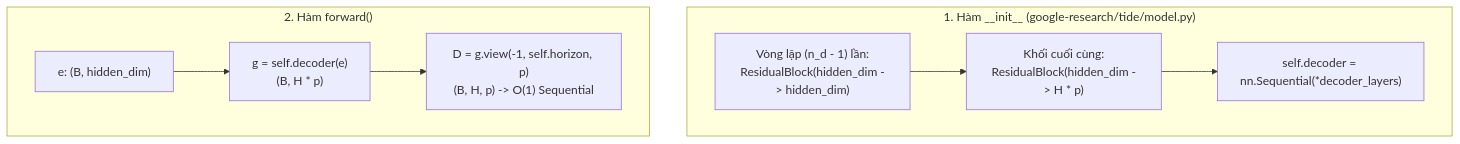
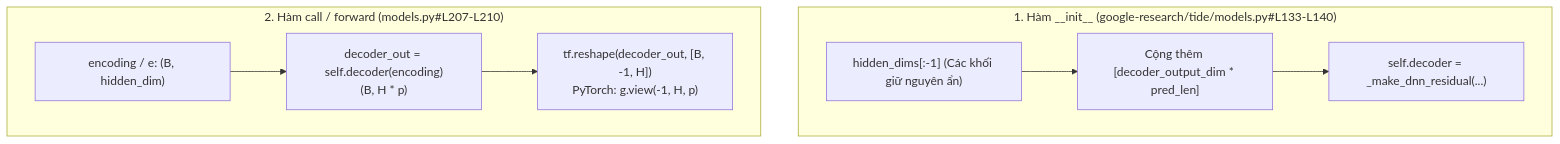
One commit to snowflake-vibing/Project-Experimental-TiDE changed the diagram in tasks-Hieu/presentation/slide/slide_03_source_code_va_non_autoregressive.md. Above: the diagram before and after it, drawn with Mermaid. The commit also changed other lines of this file and 6 other files, not shown here.

````diff
--- a/tasks-Hieu/presentation/slide/slide_03_source_code_va_non_autoregressive.md
+++ b/tasks-Hieu/presentation/slide/slide_03_source_code_va_non_autoregressive.md
@@ -13,12 +13,12 @@
 ```mermaid
 flowchart TB
-    subgraph KhoiTao ["1. Hàm __init__ (google-research/tide/model.py)"]
-        Loop["Vòng lặp (n_d - 1) lần:<br/>ResidualBlock(hidden_dim -> hidden_dim)"] --> Last["Khối cuối cùng:<br/>ResidualBlock(hidden_dim -> H * p)"]
-        Last --> Seq["self.decoder = nn.Sequential(*decoder_layers)"]
+    subgraph KhoiTao ["1. Hàm __init__ (google-research/tide/models.py#L133-L140)"]
+        Loop["hidden_dims[:-1] (Các khối giữ nguyên ẩn)"] --> Last["Cộng thêm [decoder_output_dim * pred_len]"]
+        Last --> Seq["self.decoder = _make_dnn_residual(...)"]
     end
 
-    subgraph ThucThi ["2. Hàm forward()"]
-        In["e: (B, hidden_dim)"] --> Dec["g = self.decoder(e)<br/>(B, H * p)"]
-        Dec --> View["D = g.view(-1, self.horizon, p)<br/>(B, H, p) -> O(1) Sequential"]
+    subgraph ThucThi ["2. Hàm call / forward (models.py#L207-L210)"]
+        In["encoding / e: (B, hidden_dim)"] --> Dec["decoder_out = self.decoder(encoding)<br/>(B, H * p)"]
+        Dec --> View["tf.reshape(decoder_out, [B, -1, H])<br/>PyTorch: g.view(-1, H, p)"]
     end
 ```
````
